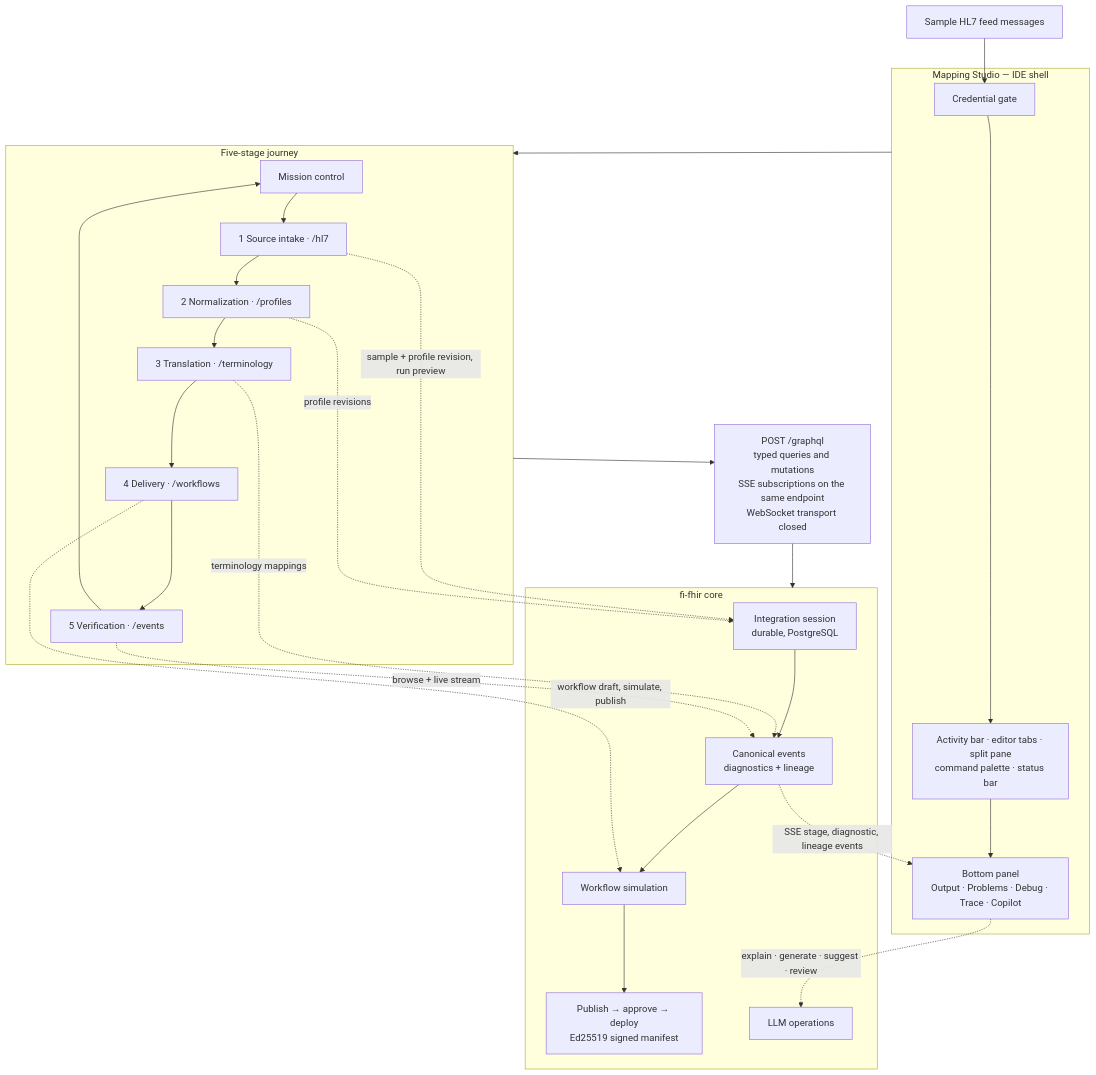
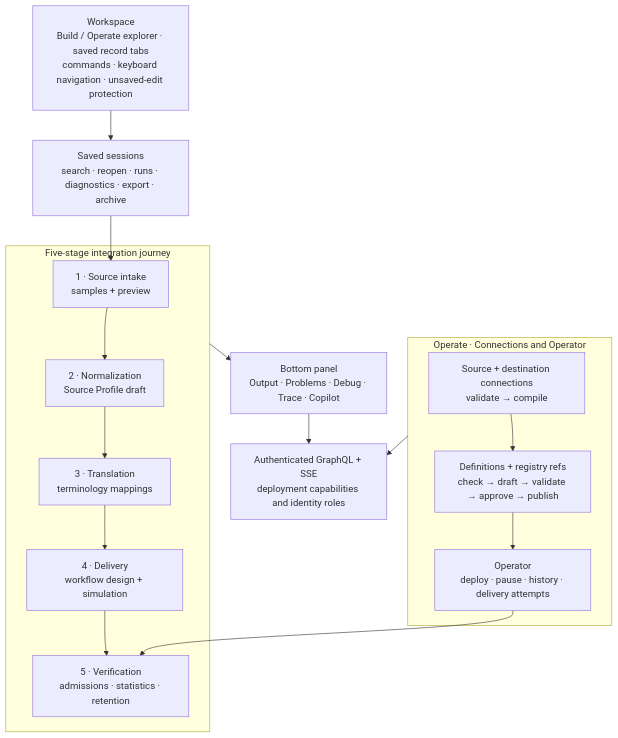
One commit to crb2nu/fi-fhir changed the diagram in docs/mermaid/ui-mapping-flow.mmd. Above: the diagram before and after it, drawn with Mermaid. The commit also changed 16 other files, not shown here.

First line of the commit message:
docs(readme): refresh workspace guide and regenerate diagrams

```diff
--- a/docs/mermaid/ui-mapping-flow.mmd
+++ b/docs/mermaid/ui-mapping-flow.mmd
@@ -1,43 +1,31 @@
 flowchart TB
-  SAMPLES[Sample HL7 feed messages] --> GATE
+  accTitle: Mapping Studio workspace
+  accDescr: The workspace supports a five-stage integration journey, saved sessions, connection and definition authoring, deployment and verification, with role and capability checks throughout.
 
-  subgraph SHELL["Mapping Studio — IDE shell"]
-    GATE[Credential gate]
-    CHROME[Activity bar · editor tabs · split pane<br/>command palette · status bar]
-    PANEL[Bottom panel<br/>Output · Problems · Debug · Trace · Copilot]
-    GATE --> CHROME --> PANEL
+  SHELL["Workspace<br/>Build / Operate explorer · saved record tabs<br/>commands · keyboard navigation · unsaved-edit protection"]
+  SESSIONS["Saved sessions<br/>search · reopen · runs · diagnostics · export · archive"]
+  SHELL --> SESSIONS
+
+  subgraph JOURNEY["Five-stage integration journey"]
+    INTAKE["1 · Source intake<br/>samples + preview"]
+    PROFILE["2 · Normalization<br/>Source Profile draft"]
+    TERMS["3 · Translation<br/>terminology mappings"]
+    FLOW["4 · Delivery<br/>workflow design + simulation"]
+    VERIFY["5 · Verification<br/>admissions · statistics · retention"]
+    INTAKE --> PROFILE --> TERMS --> FLOW --> VERIFY
   end
+  SESSIONS --> INTAKE
 
-  subgraph JOURNEY["Five-stage journey"]
-    HUB[Mission control]
-    S1[1 Source intake · /hl7]
-    S2[2 Normalization · /profiles]
-    S3[3 Translation · /terminology]
-    S4[4 Delivery · /workflows]
-    S5[5 Verification · /events]
-    HUB --> S1 --> S2 --> S3 --> S4 --> S5 --> HUB
+  subgraph OPERATE["Operate · Connections and Operator"]
+    CONNECTION["Source + destination connections<br/>validate → compile"]
+    DEFINITION["Definitions + registry refs<br/>check → draft → validate → approve → publish"]
+    OPERATOR["Operator<br/>deploy · pause · history · delivery attempts"]
+    CONNECTION --> DEFINITION --> OPERATOR
   end
+  OPERATOR --> VERIFY
 
-  TRANSPORT[POST /graphql<br/>typed queries and mutations<br/>SSE subscriptions on the same endpoint<br/>WebSocket transport closed]
-
-  subgraph CORE["fi-fhir core"]
-    SESSION[Integration session<br/>durable, PostgreSQL]
-    EVT[Canonical events<br/>diagnostics + lineage]
-    SIM[Workflow simulation]
-    PUB[Publish → approve → deploy<br/>Ed25519 signed manifest]
-    LLM[LLM operations]
-    SESSION --> EVT --> SIM --> PUB
-  end
-
-  SHELL --> JOURNEY
-  JOURNEY --> TRANSPORT
-  TRANSPORT --> CORE
-
-  S1 -. sample + profile revision, run preview .-> SESSION
-  S2 -. profile revisions .-> SESSION
-  S3 -. terminology mappings .-> EVT
-  S4 -. workflow draft, simulate, publish .-> SIM
-  S5 -. browse + live stream .-> EVT
-
-  EVT -. SSE stage, diagnostic, lineage events .-> PANEL
-  PANEL -. explain · generate · suggest · review .-> LLM
+  PANEL["Bottom panel<br/>Output · Problems · Debug · Trace · Copilot"]
+  JOURNEY --> PANEL
+  API["Authenticated GraphQL + SSE<br/>deployment capabilities and identity roles"]
+  PANEL --> API
+  OPERATE --> API
```
